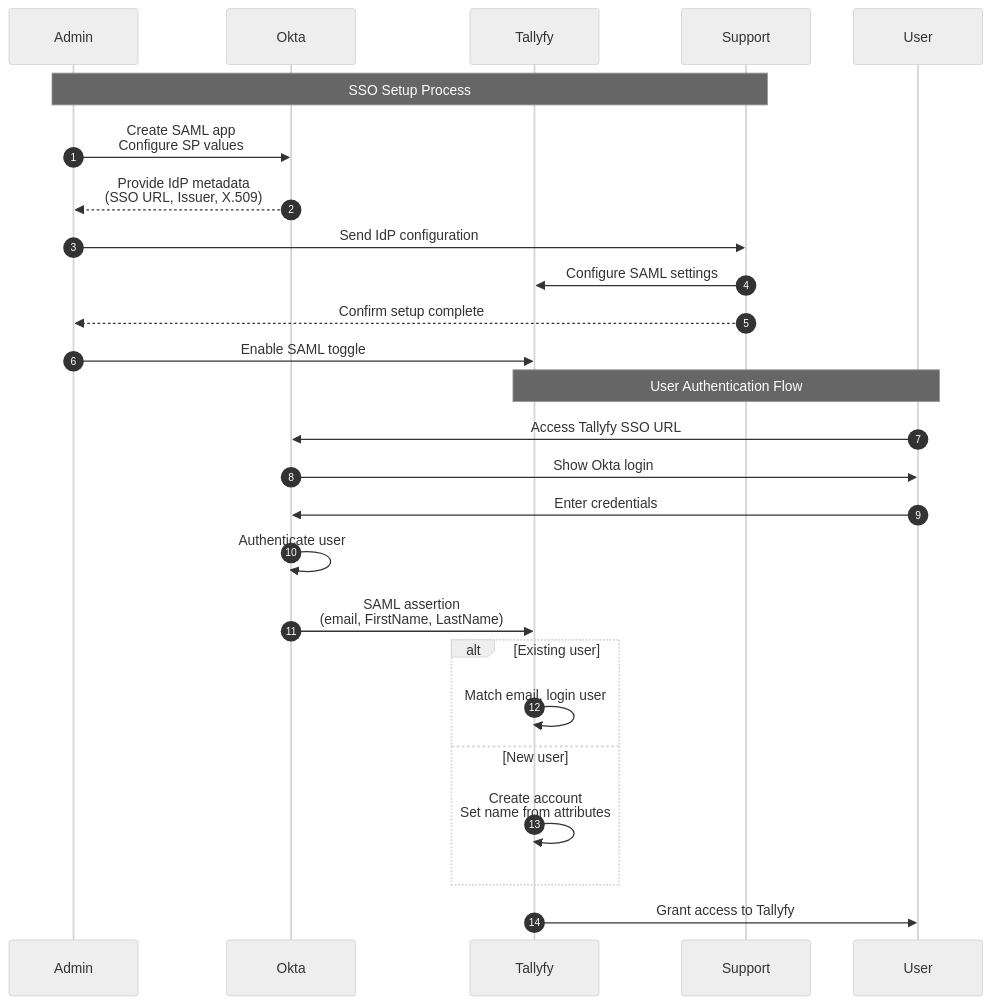
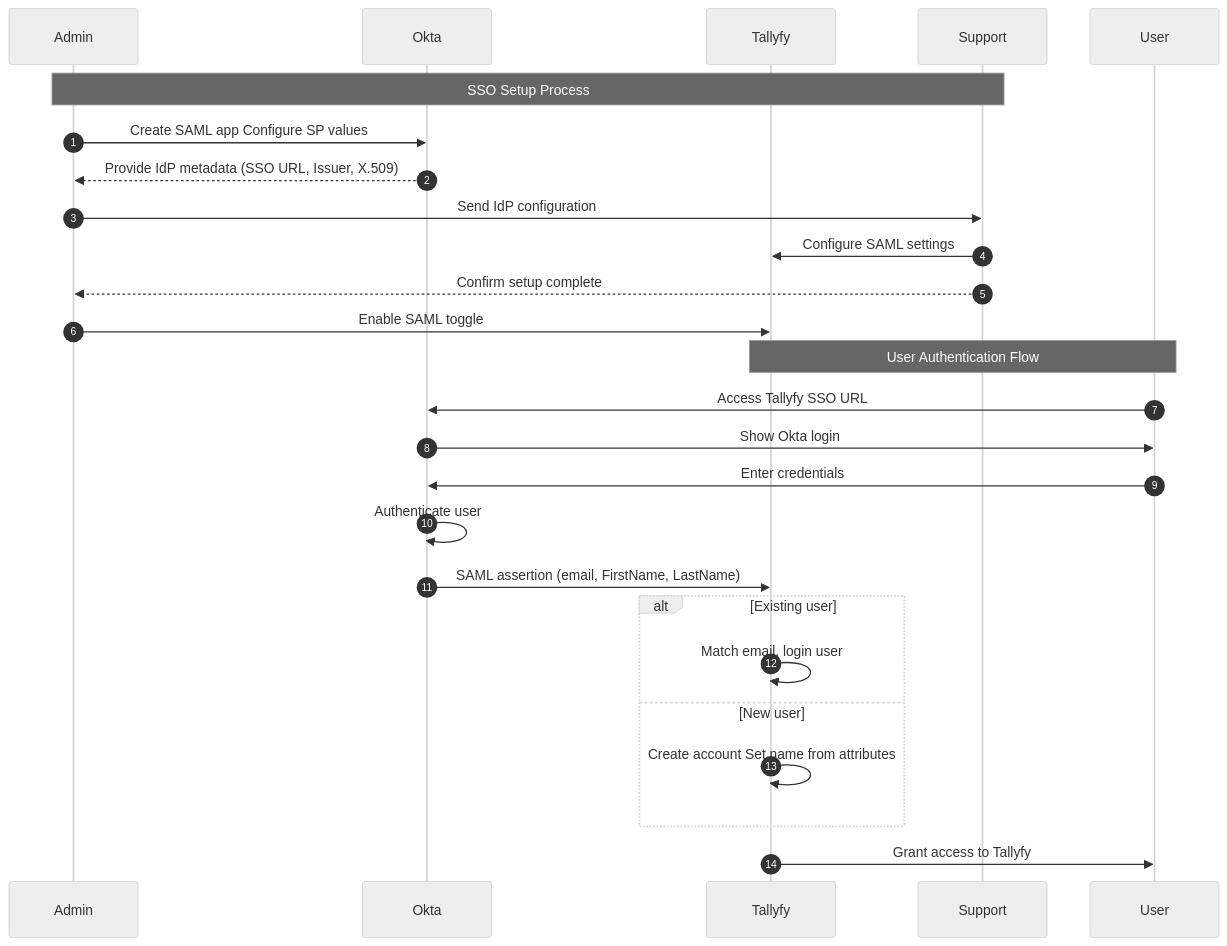
One commit to tallyfy/documentation changed the diagram in src/content/docs/pro/integrations/authentication/how-to-integrate-okta-samlsso-with-tallyfy.mdx. Above: the diagram before and after it, drawn with Mermaid (neutral theme). The commit also changed 46 other files, not shown here.

Commit message:
Update Mermaid notation

````diff
--- a/src/content/docs/pro/integrations/authentication/how-to-integrate-okta-samlsso-with-tallyfy.mdx
+++ b/src/content/docs/pro/integrations/authentication/how-to-integrate-okta-samlsso-with-tallyfy.mdx
@@ -164,34 +164,34 @@
 ```mermaid
 sequenceDiagram
-    autonumber
-    participant A as Admin
-    participant O as Okta
-    participant T as Tallyfy
-    participant S as Support
-    participant U as User
-    
-    Note over A,S: SSO Setup Process
-    
-    A->>O: Create SAML app<br/>Configure SP values
-    O-->>A: Provide IdP metadata<br/>(SSO URL, Issuer, X.509)
-    A->>S: Send IdP configuration
-    S->>T: Configure SAML settings
-    S-->>A: Confirm setup complete
-    A->>T: Enable SAML toggle
-    
-    Note over U,T: User Authentication Flow
-    
-    U->>O: Access Tallyfy SSO URL
-    O->>U: Show Okta login
-    U->>O: Enter credentials
-    O->>O: Authenticate user
-    O->>T: SAML assertion<br/>(email, FirstName, LastName)
-    
-    alt Existing user
-        T->>T: Match email, login user
-    else New user
-        T->>T: Create account<br/>Set name from attributes
-    end
-    
-    T->>U: Grant access to Tallyfy
+ autonumber
+ participant A as Admin
+ participant O as Okta
+ participant T as Tallyfy
+ participant S as Support
+ participant U as User
+ 
+ Note over A,S: SSO Setup Process
+ 
+ A->>O: Create SAML app Configure SP values
+ O-->>A: Provide IdP metadata (SSO URL, Issuer, X.509)
+ A->>S: Send IdP configuration
+ S->>T: Configure SAML settings
+ S-->>A: Confirm setup complete
+ A->>T: Enable SAML toggle
+ 
+ Note over U,T: User Authentication Flow
+ 
+ U->>O: Access Tallyfy SSO URL
+ O->>U: Show Okta login
+ U->>O: Enter credentials
+ O->>O: Authenticate user
+ O->>T: SAML assertion (email, FirstName, LastName)
+ 
+ alt Existing user
+ T->>T: Match email, login user
+ else New user
+ T->>T: Create account Set name from attributes
+ end
+ 
+ T->>U: Grant access to Tallyfy
 ```
````
